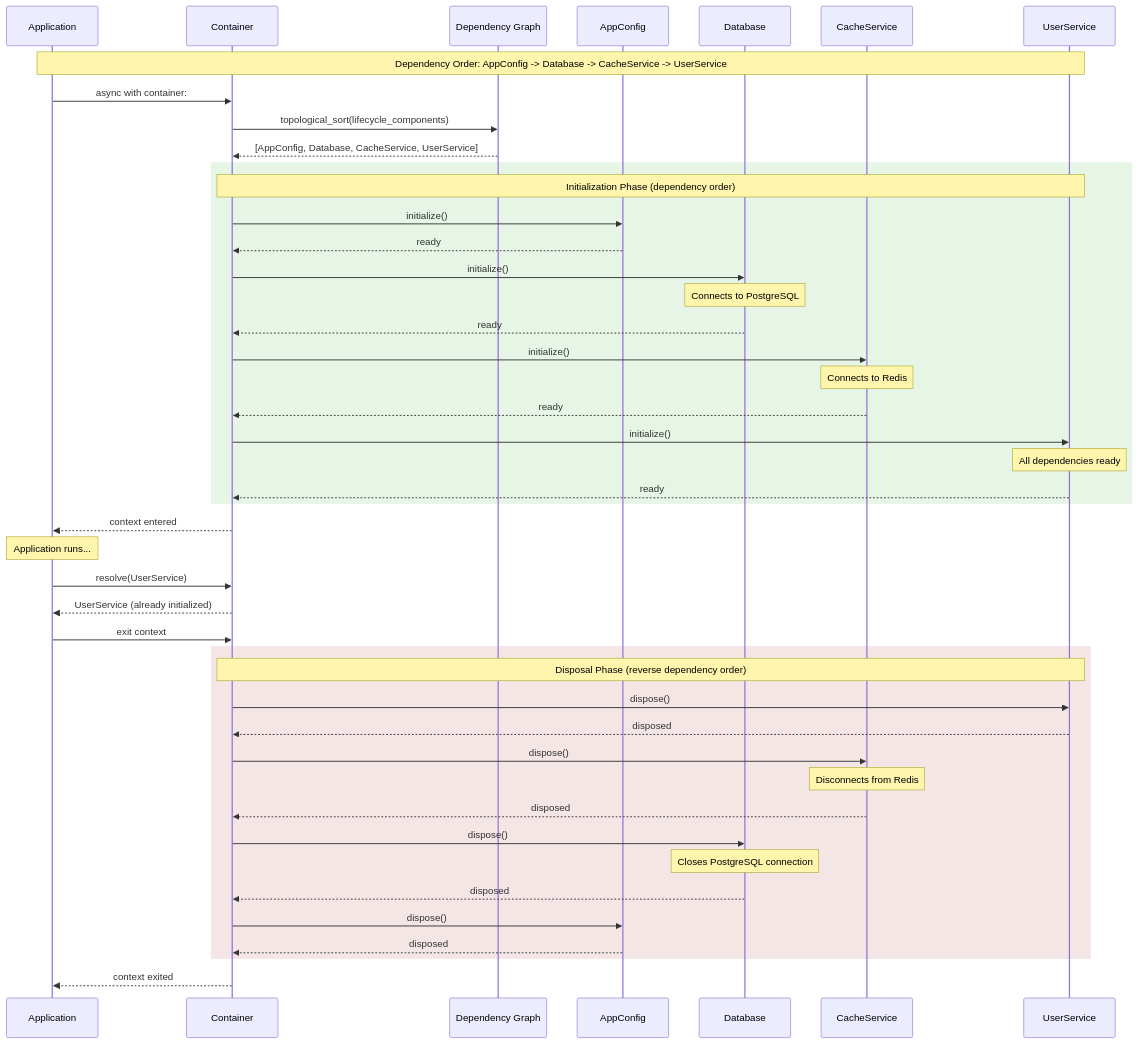
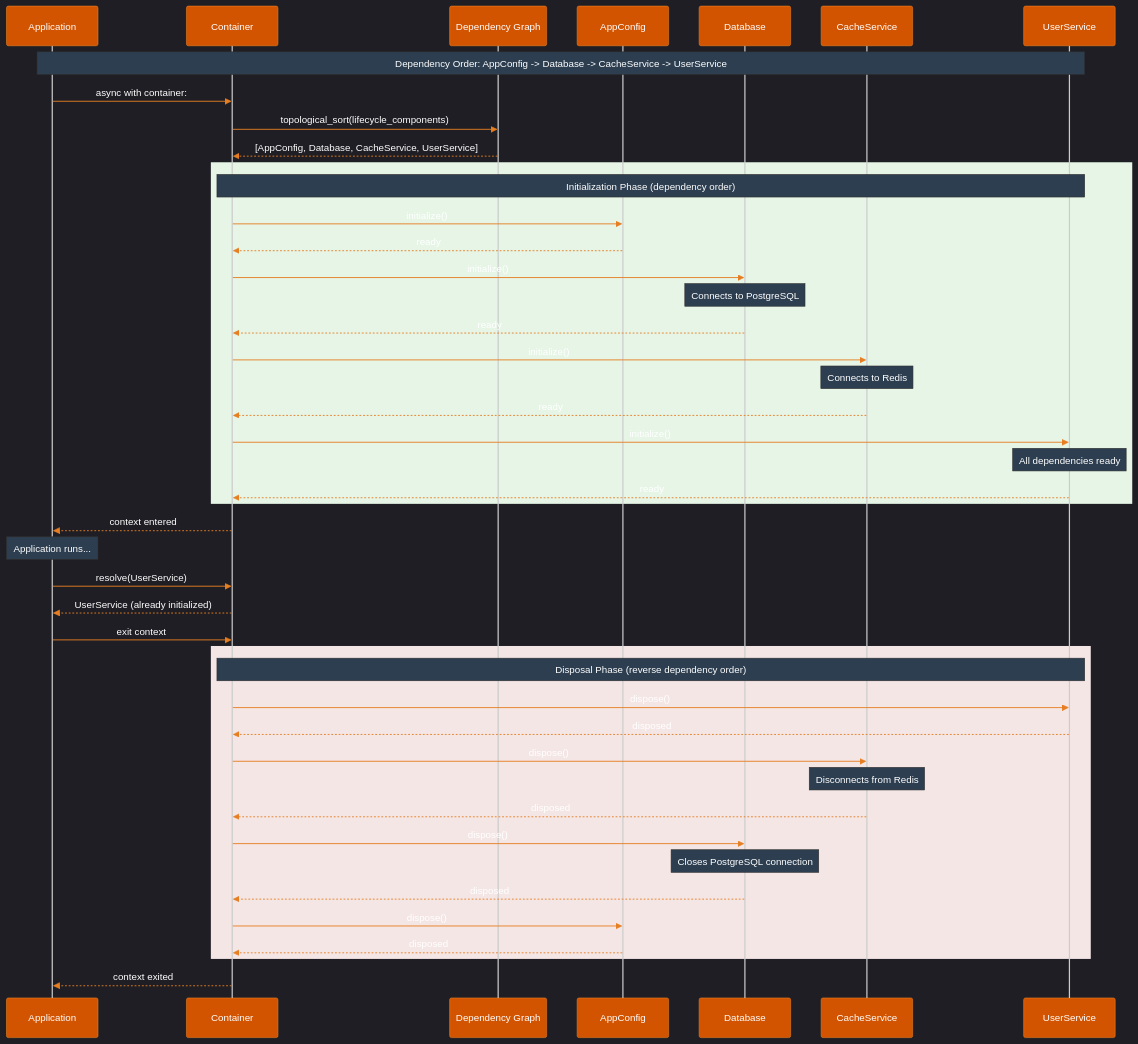
One commit to mikelane/dioxide changed the fourth of 5 diagrams in docs/user_guide/architecture.md. Above: the diagram before and after it, drawn with Mermaid. The commit also changed other lines of this file and 1 other file, not shown here.

Commit message:
fix: apply dark theme with dioxide orange colors to all Mermaid diagrams

````diff
--- a/docs/user_guide/architecture.md
+++ b/docs/user_guide/architecture.md
@@ -254,62 +257,63 @@
 ```{mermaid}
+%%{init: {'theme': 'dark', 'themeVariables': { 'primaryColor': '#d35400', 'primaryTextColor': '#fff', 'primaryBorderColor': '#e67e22', 'lineColor': '#e67e22', 'secondaryColor': '#2c3e50', 'tertiaryColor': '#1a252f', 'actorTextColor': '#fff', 'actorBkg': '#d35400', 'actorBorder': '#e67e22', 'signalColor': '#e67e22', 'signalTextColor': '#fff', 'noteBkgColor': '#2c3e50', 'noteTextColor': '#fff'}}}%%
 sequenceDiagram
     participant App as Application
     participant Container as Container
     participant Graph as Dependency Graph
     participant Config as AppConfig
     participant DB as Database
     participant Cache as CacheService
     participant User as UserService
 
     Note over App,User: Dependency Order: AppConfig -> Database -> CacheService -> UserService
 
     App->>Container: async with container:
 
     Container->>Graph: topological_sort(lifecycle_components)
     Graph-->>Container: [AppConfig, Database, CacheService, UserService]
 
     rect rgb(230, 245, 230)
         Note over Container,User: Initialization Phase (dependency order)
         Container->>Config: initialize()
         Config-->>Container: ready
 
         Container->>DB: initialize()
         Note over DB: Connects to PostgreSQL
         DB-->>Container: ready
 
         Container->>Cache: initialize()
         Note over Cache: Connects to Redis
         Cache-->>Container: ready
 
         Container->>User: initialize()
         Note over User: All dependencies ready
         User-->>Container: ready
     end
 
     Container-->>App: context entered
 
     Note over App: Application runs...
     App->>Container: resolve(UserService)
     Container-->>App: UserService (already initialized)
 
     App->>Container: exit context
 
     rect rgb(245, 230, 230)
         Note over Container,User: Disposal Phase (reverse dependency order)
         Container->>User: dispose()
         User-->>Container: disposed
 
         Container->>Cache: dispose()
         Note over Cache: Disconnects from Redis
         Cache-->>Container: disposed
 
         Container->>DB: dispose()
         Note over DB: Closes PostgreSQL connection
         DB-->>Container: disposed
 
         Container->>Config: dispose()
         Config-->>Container: disposed
     end
 
     Container-->>App: context exited
 ```
````
